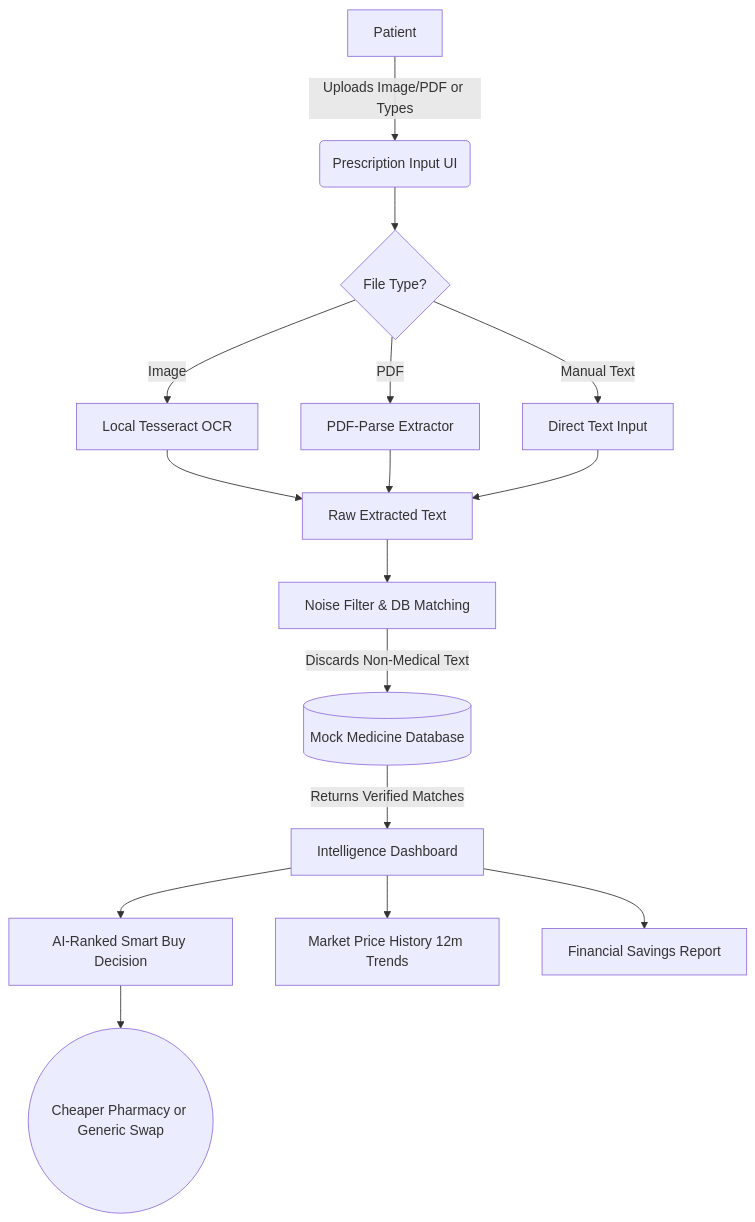
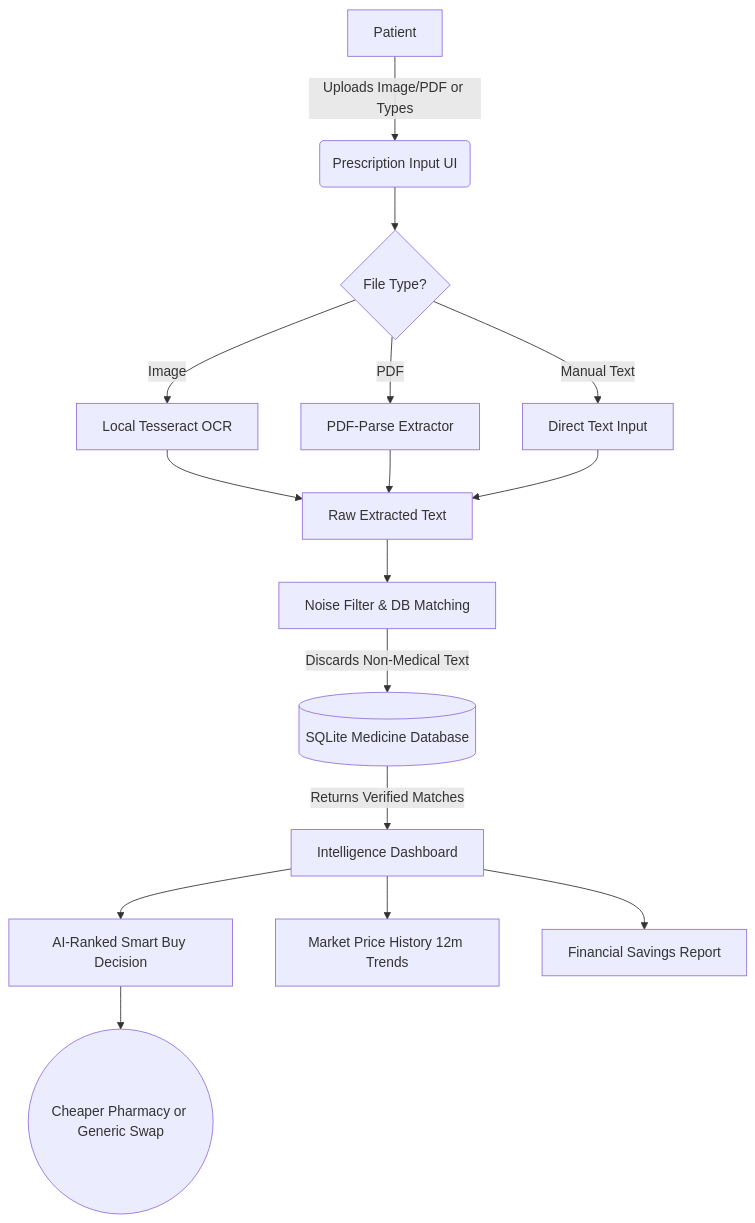
Before and after one commit to somsu123/RxRader: the diagram in README.md, drawn with Mermaid. The commit also changed other lines of this file and 1822 other files, not shown here.

````diff
--- a/README.md
+++ b/README.md
@@ -53,24 +53,24 @@
 ```mermaid
 graph TD
     A[Patient] -->|Uploads Image/PDF or Types| B(Prescription Input UI)
     B --> C{File Type?}
     
     C -->|Image| D[Local Tesseract OCR]
     C -->|PDF| E[PDF-Parse Extractor]
     C -->|Manual Text| F[Direct Text Input]
     
     D --> G[Raw Extracted Text]
     E --> G
     F --> G
     
     G --> H[Noise Filter & DB Matching]
-    H -->|Discards Non-Medical Text| I[(Mock Medicine Database)]
+    H -->|Discards Non-Medical Text| I[(SQLite Medicine Database)]
     
     I -->|Returns Verified Matches| J[Intelligence Dashboard]
     
     J --> K[AI-Ranked Smart Buy Decision]
     J --> L[Market Price History 12m Trends]
     J --> M[Financial Savings Report]
     
     K --> N((Cheaper Pharmacy or Generic Swap))
 ```
````
